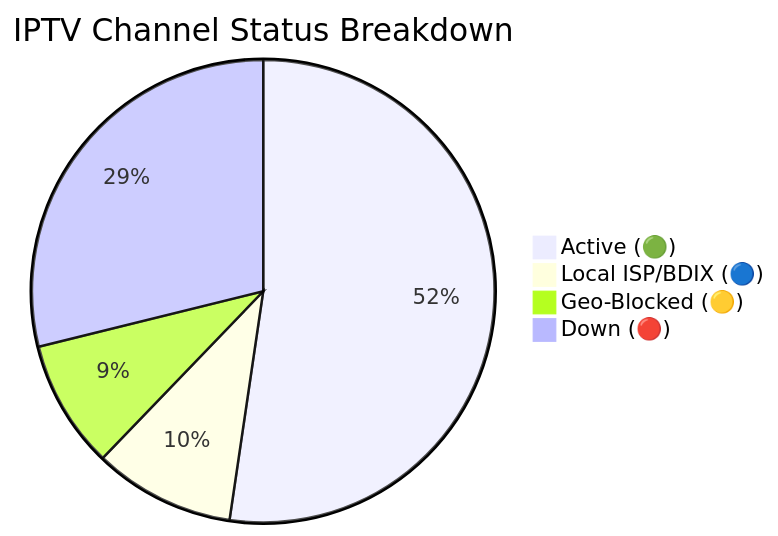
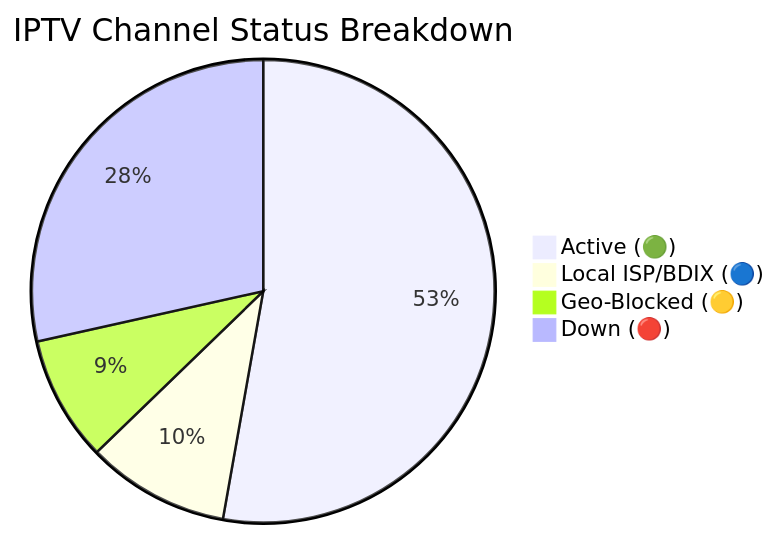
Before and after one commit to f6388600-ai/Web: the diagram in README.md, drawn with Mermaid. The commit also changed other lines of this file and 6 other files, not shown here.

````diff
--- a/README.md
+++ b/README.md
@@ -149,7 +149,7 @@
 ```mermaid
 pie title IPTV Channel Status Breakdown
-    "Active (🟢)" : 8987
-    "Local ISP/BDIX (🔵)" : 1694
-    "Geo-Blocked (🟡)" : 1537
-    "Down (🔴)" : 4956
+    "Active (🟢)" : 9089
+    "Local ISP/BDIX (🔵)" : 1718
+    "Geo-Blocked (🟡)" : 1506
+    "Down (🔴)" : 4904
 ```
````
